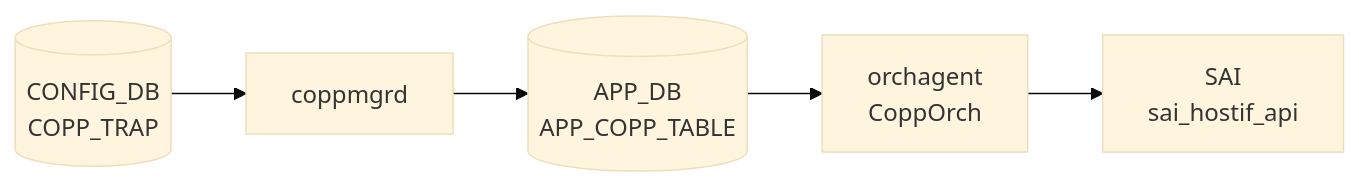
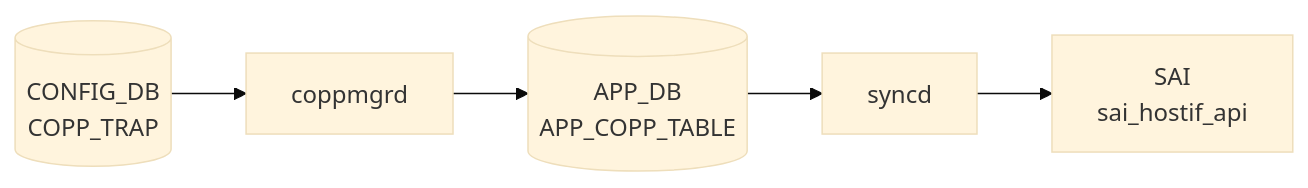
One commit to aoki-taquan/sonic-unofficial-docs changed the diagram in docs/reference/config-db/copp-trap.md. Above: the diagram before and after it, drawn with Mermaid (base theme). The commit also changed 12 other files, not shown here.

````diff
--- a/docs/reference/config-db/copp-trap.md
+++ b/docs/reference/config-db/copp-trap.md
@@ -31,12 +31,12 @@
 ```mermaid
 flowchart LR
   CDB[("CONFIG_DB<br/>COPP_TRAP")]
   DM["coppmgrd"]
   CDB --> DM
   APPDB[("APP_DB<br/>APP_COPP_TABLE")]
   DM --> APPDB
-  OA["orchagent<br/>CoppOrch"]
-  APPDB --> OA
+  SYNCD["syncd"]
+  APPDB --> SYNCD
   SAI["SAI<br/>sai_hostif_api"]
-  OA --> SAI
+  SYNCD --> SAI
 ```
````
